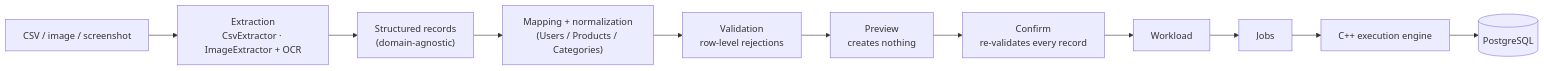
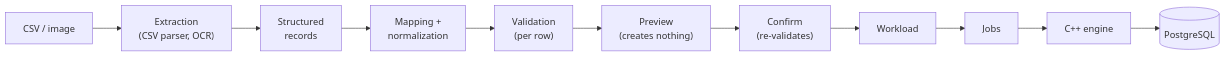
One commit to faiza-ijaz0/flowforge changed the second of 3 diagrams in README.md. Above: the diagram before and after it, drawn with Mermaid. The commit also changed other lines of this file, not shown here.

First line of the commit message:
docs: shorten README diagram labels so GitHub renders them unclipped

````diff
--- a/README.md
+++ b/README.md
@@ -121,13 +121,13 @@
 ```mermaid
 flowchart LR
-    src["CSV / image / screenshot"] --> ext["Extraction<br/>CsvExtractor · ImageExtractor + OCR"]
-    ext --> rec["Structured records<br/>(domain-agnostic)"]
-    rec --> map["Mapping + normalization<br/>(Users / Products / Categories)"]
-    map --> val["Validation<br/>row-level rejections"]
-    val --> prev["Preview<br/>creates nothing"]
-    prev --> conf["Confirm<br/>re-validates every record"]
+    src["CSV / image"] --> ext["Extraction<br/>(CSV parser, OCR)"]
+    ext --> rec["Structured<br/>records"]
+    rec --> map["Mapping +<br/>normalization"]
+    map --> val["Validation<br/>(per row)"]
+    val --> prev["Preview<br/>(creates nothing)"]
+    prev --> conf["Confirm<br/>(re-validates)"]
     conf --> wl["Workload"]
     wl --> jobs["Jobs"]
-    jobs --> eng["C++ execution engine"]
-    eng --> db[(PostgreSQL)]
+    jobs --> eng["C++ engine"]
+    eng --> db[("PostgreSQL")]
 ```
````
